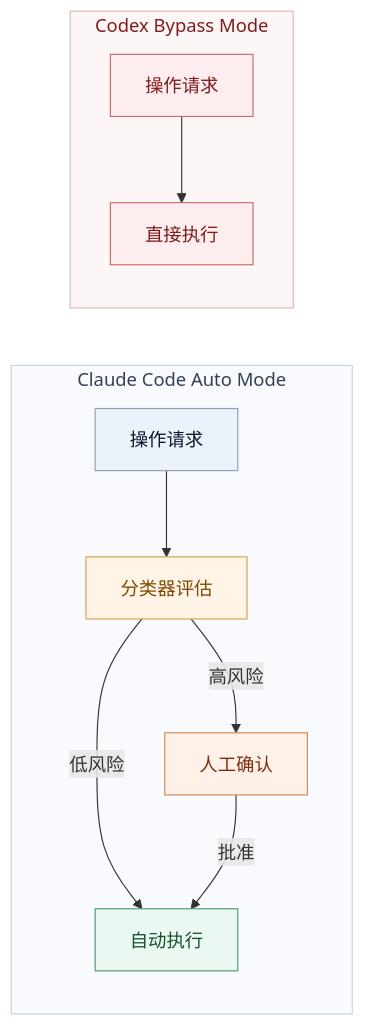
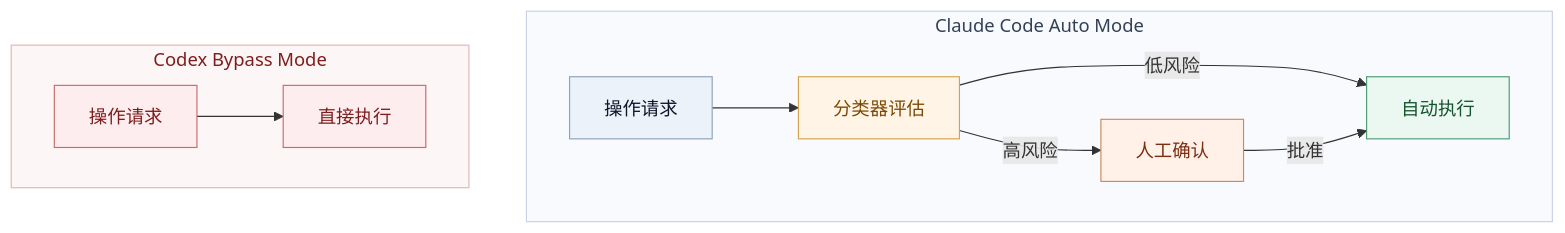
One commit to FreezeSoul/freezesoul.github.com changed the second of 3 diagrams in _posts/2026-03-26-claude-code-auto-mode.md. Above: the diagram before and after it, drawn with Mermaid. The commit also changed other lines of this file, not shown here.

````diff
--- a/_posts/2026-03-26-claude-code-auto-mode.md
+++ b/_posts/2026-03-26-claude-code-auto-mode.md
@@ -111,36 +113,36 @@
 ```mermaid
 %%{init: {'theme': 'base', 'themeVariables': {
   'background': '#F4F7FB',
   'primaryColor': '#EAF0F8',
   'primaryBorderColor': '#9AA9BD',
   'primaryTextColor': '#0F172A',
   'lineColor': '#6B7C93',
   'fontFamily': '"PingFang SC","Noto Sans SC","Microsoft YaHei","Helvetica Neue",Arial,sans-serif'
 }}}%%
-graph LR
+graph TB
     subgraph S1["Claude Code Auto Mode"]
         A1[操作请求] --> A2[分类器评估]
         A2 -->|低风险| A3[自动执行]
         A2 -->|高风险| A4[人工确认]
         A4 -->|批准| A3
     end
 
     subgraph S2["Codex Bypass Mode"]
         B1[操作请求] --> B2[直接执行]
     end
 
     classDef base fill:#ECF2FA,stroke:#8FA1B8,color:#0F172A,stroke-width:1px;
     classDef decision fill:#FFF4E5,stroke:#D4A24E,color:#7C4A03,stroke-width:1px;
     classDef success fill:#EAF8F1,stroke:#4C9B73,color:#14532D,stroke-width:1px;
     classDef warning fill:#FFF1E8,stroke:#D08956,color:#7C2D12,stroke-width:1px;
     classDef danger fill:#FDEDEE,stroke:#C96A6A,color:#7F1D1D,stroke-width:1px;
 
     class A1 base;
     class A2 decision;
     class A3 success;
     class A4 warning;
     class B1,B2 danger;
 
     style S1 fill:#F8FAFD,stroke:#C8D2E1,color:#334155
     style S2 fill:#FDF6F6,stroke:#E0B7B7,color:#7F1D1D
 ```
````
